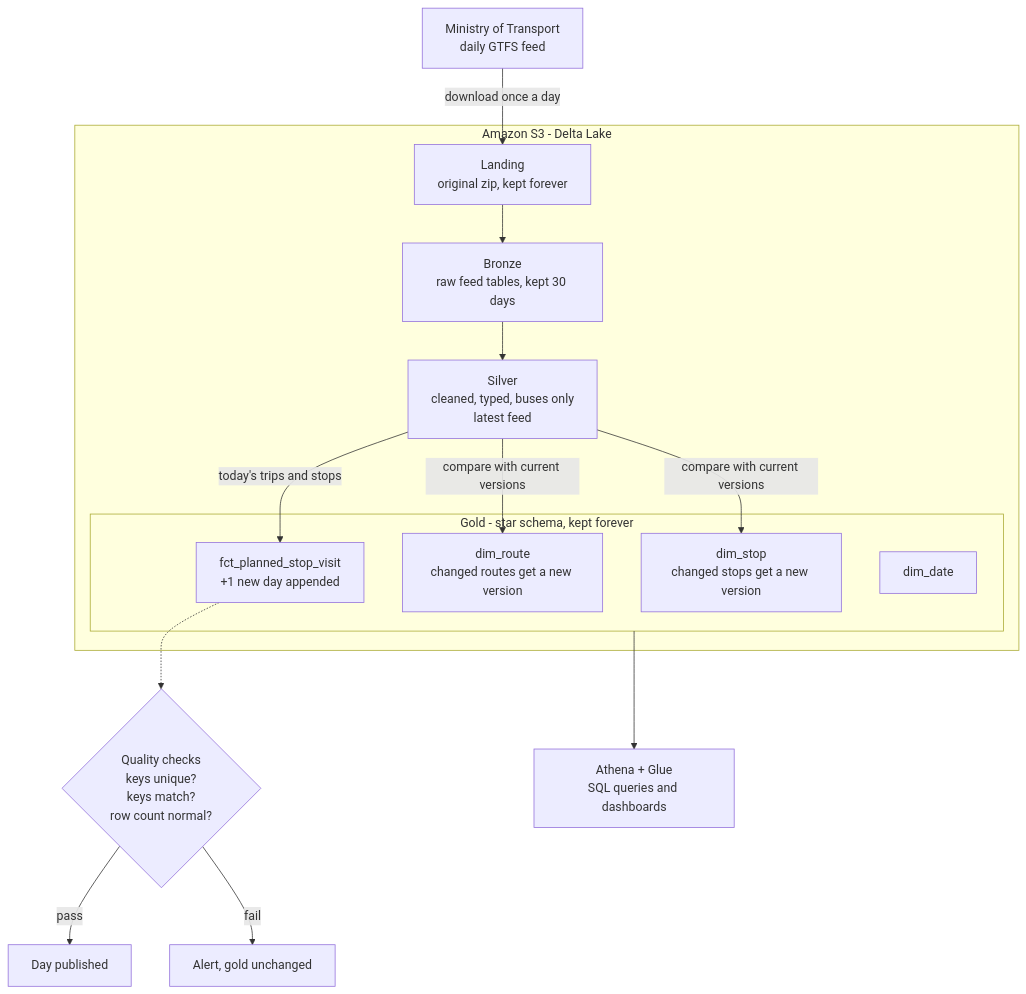
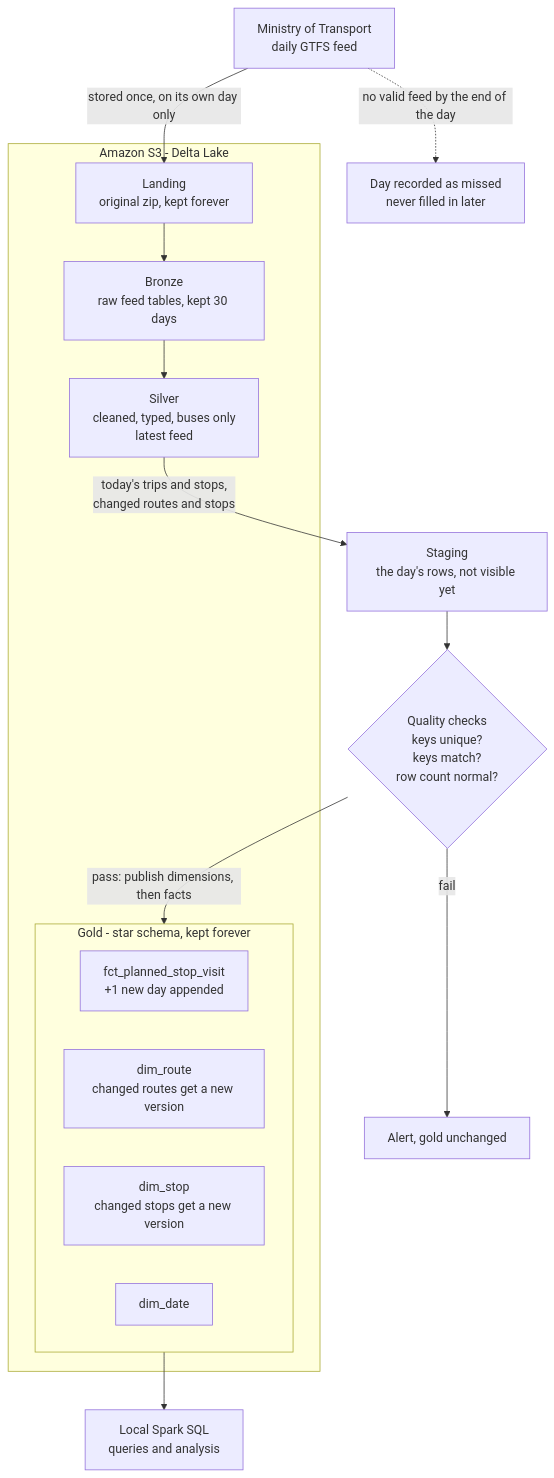
One commit to omershenhav7/israel-transit-pipeline changed the first of 2 diagrams in docs/architecture.md. Above: the diagram before and after it, drawn with Mermaid. The commit also changed other lines of this file and 7 other files, not shown here.

````diff
--- a/docs/architecture.md
+++ b/docs/architecture.md
@@ -34,28 +35,27 @@
 ```mermaid
 flowchart TD
-    MOT["Ministry of Transport<br/>daily GTFS feed"] -->|"download once a day"| LAND
+    MOT["Ministry of Transport<br/>daily GTFS feed"] -->|"stored once, on its own day only"| LAND
+    MOT -.->|"no valid feed by the end of the day"| MISSED["Day recorded as missed<br/>never filled in later"]
 
     subgraph S3["Amazon S3 - Delta Lake"]
         LAND["Landing<br/>original zip, kept forever"]
         BRONZE["Bronze<br/>raw feed tables, kept 30 days"]
         SILVER["Silver<br/>cleaned, typed, buses only<br/>latest feed"]
         subgraph GOLD["Gold - star schema, kept forever"]
             FACT["fct_planned_stop_visit<br/>+1 new day appended"]
             DROUTE["dim_route<br/>changed routes get a new version"]
             DSTOP["dim_stop<br/>changed stops get a new version"]
             DDATE["dim_date"]
         end
     end
 
     LAND --> BRONZE --> SILVER
-    SILVER -->|"today's trips and stops"| FACT
-    SILVER -->|"compare with current versions"| DROUTE
-    SILVER -->|"compare with current versions"| DSTOP
+    SILVER -->|"today's trips and stops,<br/>changed routes and stops"| STAGE["Staging<br/>the day's rows, not visible yet"]
 
     CHECKS{"Quality checks<br/>keys unique?<br/>keys match?<br/>row count normal?"}
-    FACT -.-> CHECKS
-    CHECKS -->|"pass"| PUBLISH["Day published"]
+    STAGE --> CHECKS
+    CHECKS -->|"pass: publish dimensions, then facts"| GOLD
     CHECKS -->|"fail"| ALERT["Alert, gold unchanged"]
 
-    GOLD --> ATHENA["Athena + Glue<br/>SQL queries and dashboards"]
+    GOLD --> SQL["Local Spark SQL<br/>queries and analysis"]
 ```
````
